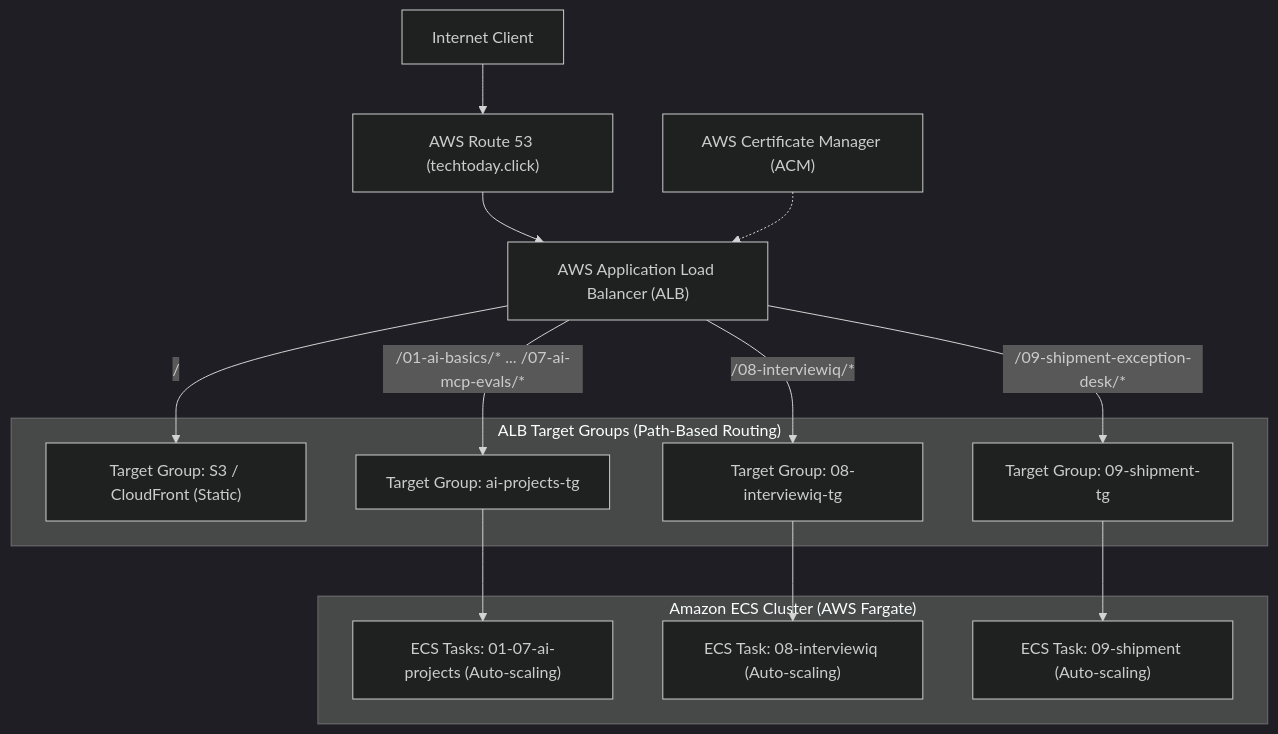
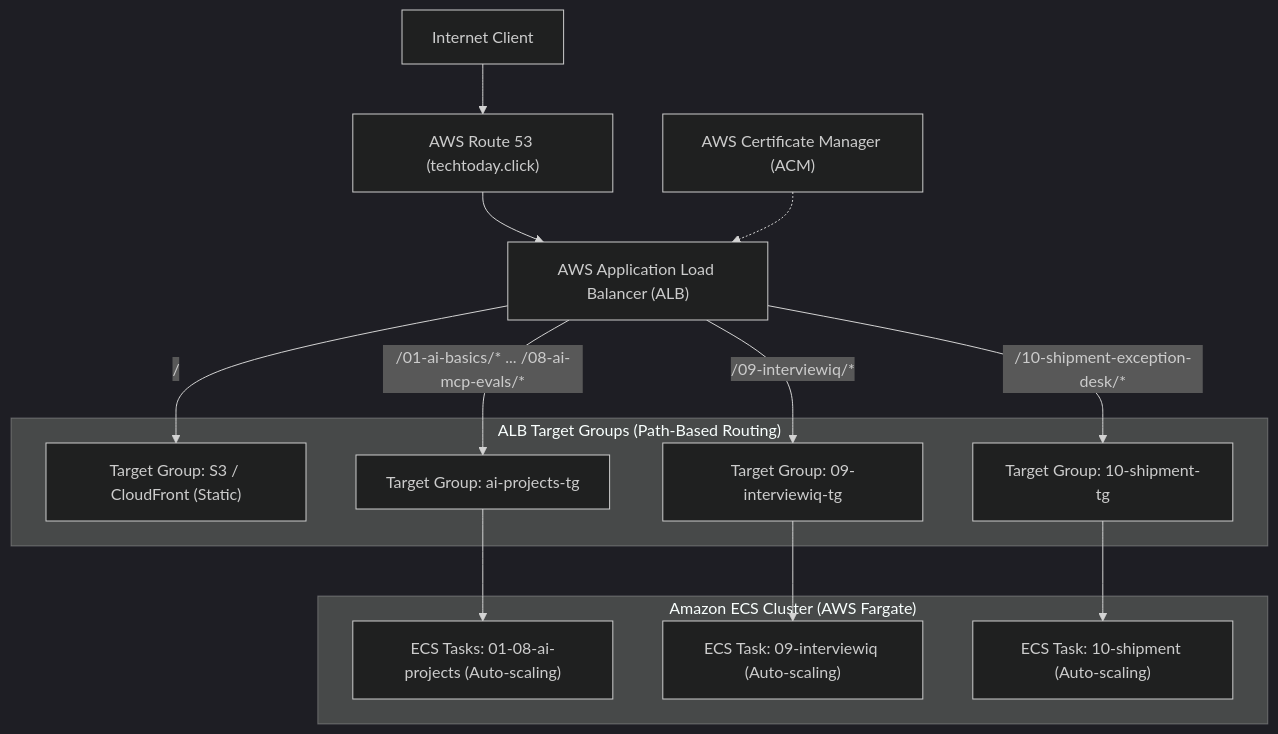
The seventh of 7 diagrams in projects/ARCHITECTURE.md (pankajspace/ai), drawn with Mermaid (dark theme) before and after one commit. The commit also changed other lines of this file and 383 other files, not shown here.

````diff
--- a/projects/ARCHITECTURE.md
+++ b/projects/ARCHITECTURE.md
@@ -1026,28 +1033,28 @@
 ```mermaid
 flowchart TD
     Client["Internet Client"]
     R53["AWS Route 53 (techtoday.click)"]
     ACM["AWS Certificate Manager (ACM)"]
     ALB["AWS Application Load Balancer (ALB)"]
 
     subgraph TargetGroups["ALB Target Groups (Path-Based Routing)"]
         TG_Static["Target Group: S3 / CloudFront (Static)"]
         TG_AIProjects["Target Group: ai-projects-tg"]
-        TG_Interview["Target Group: 08-interviewiq-tg"]
-        TG_Shipment["Target Group: 09-shipment-tg"]
+        TG_Interview["Target Group: 09-interviewiq-tg"]
+        TG_Shipment["Target Group: 10-shipment-tg"]
     end
 
     subgraph ECS_Cluster["Amazon ECS Cluster (AWS Fargate)"]
-        Task_AIProjects["ECS Tasks: 01-07-ai-projects (Auto-scaling)"]
-        Task_Interview["ECS Task: 08-interviewiq (Auto-scaling)"]
-        Task_Shipment["ECS Task: 09-shipment (Auto-scaling)"]
+        Task_AIProjects["ECS Tasks: 01-08-ai-projects (Auto-scaling)"]
+        Task_Interview["ECS Task: 09-interviewiq (Auto-scaling)"]
+        Task_Shipment["ECS Task: 10-shipment (Auto-scaling)"]
     end
 
     Client --> R53
     R53 --> ALB
     ACM -.-> ALB
-    ALB -- "/01-ai-basics/* ... /07-ai-mcp-evals/*" --> TG_AIProjects --> Task_AIProjects
-    ALB -- "/08-interviewiq/*" --> TG_Interview --> Task_Interview
-    ALB -- "/09-shipment-exception-desk/*" --> TG_Shipment --> Task_Shipment
+    ALB -- "/01-ai-basics/* ... /08-ai-mcp-evals/*" --> TG_AIProjects --> Task_AIProjects
+    ALB -- "/09-interviewiq/*" --> TG_Interview --> Task_Interview
+    ALB -- "/10-shipment-exception-desk/*" --> TG_Shipment --> Task_Shipment
     ALB -- "/" --> TG_Static
 ```
````
